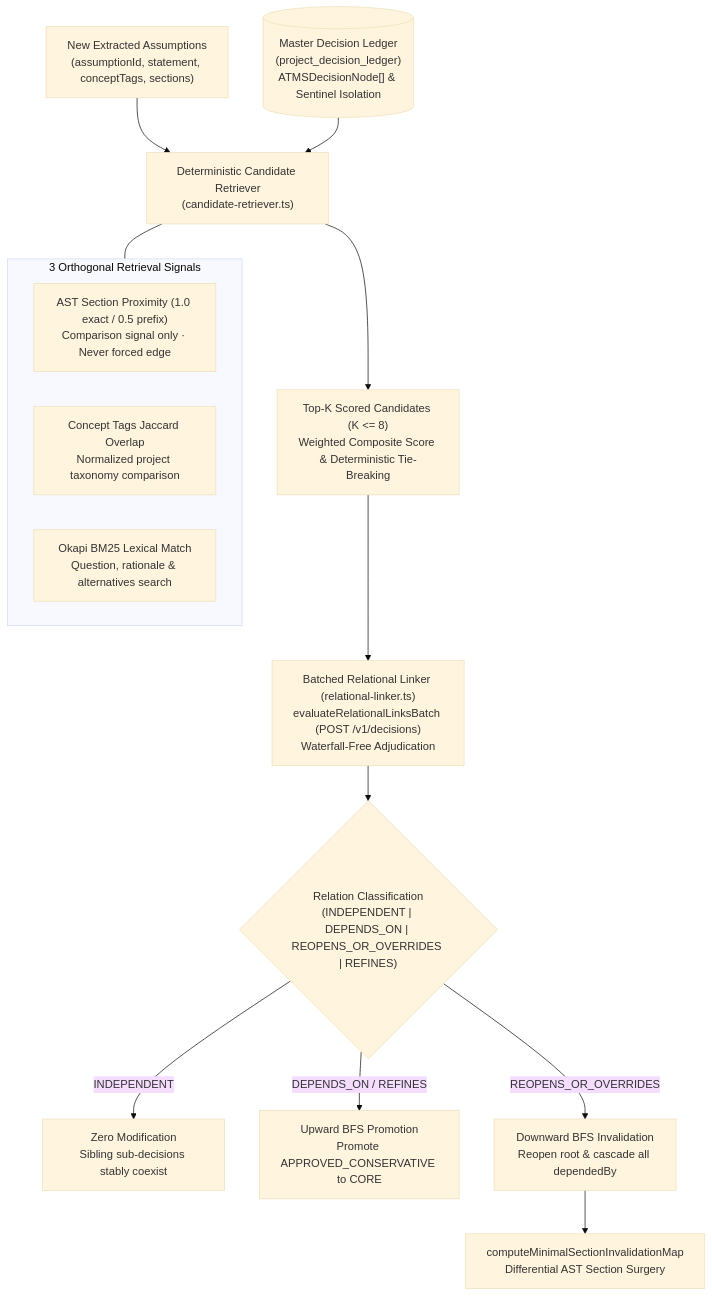
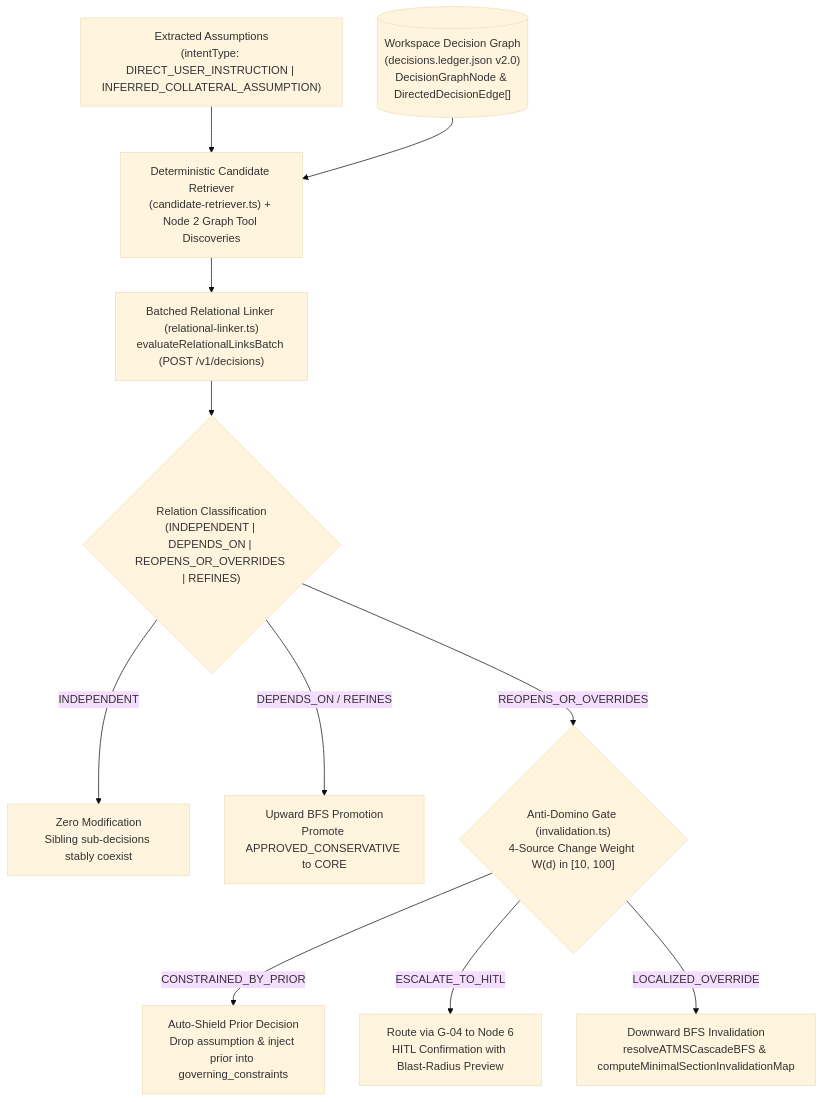
Before and after one commit to Abdullah931-stack/ELIXENT: the ninth of 10 diagrams in README.md, drawn with Mermaid (base theme). The commit also changed other lines of this file and 16 other files, not shown here.

````diff
--- a/README.md
+++ b/README.md
@@ -694,25 +693,18 @@
 ```mermaid
 flowchart TD
-    Assump["New Extracted Assumptions<br/>(assumptionId, statement, conceptTags, sections)"] --> Retriever["Deterministic Candidate Retriever<br/>(candidate-retriever.ts)"]
+    Assump["Extracted Assumptions<br/>(intentType: DIRECT_USER_INSTRUCTION | INFERRED_COLLATERAL_ASSUMPTION)"] --> Retriever["Deterministic Candidate Retriever<br/>(candidate-retriever.ts) + Node 2 Graph Tool Discoveries"]
 
-    Ledger[("Master Decision Ledger<br/>(project_decision_ledger)<br/>ATMSDecisionNode[] & Sentinel Isolation")] --> Retriever
+    Ledger[("Workspace Decision Graph<br/>(decisions.ledger.json v2.0)<br/>DecisionGraphNode & DirectedDecisionEdge[]")] --> Retriever
 
-    subgraph SIGNALS ["3 Orthogonal Retrieval Signals"]
-        S1["AST Section Proximity (1.0 exact / 0.5 prefix)<br/>Comparison signal only · Never forced edge"]
-        S2["Concept Tags Jaccard Overlap<br/>Normalized project taxonomy comparison"]
-        S3["Okapi BM25 Lexical Match<br/>Question, rationale & alternatives search"]
-    end
-
-    Retriever --- SIGNALS
-    Retriever --> TopK["Top-K Scored Candidates (K <= 8)<br/>Weighted Composite Score & Deterministic Tie-Breaking"]
-
-    TopK --> Linker["Batched Relational Linker (relational-linker.ts)<br/>evaluateRelationalLinksBatch (POST /v1/decisions)<br/>Waterfall-Free Adjudication"]
+    Retriever --> Linker["Batched Relational Linker (relational-linker.ts)<br/>evaluateRelationalLinksBatch (POST /v1/decisions)"]
 
     Linker --> Relations{"Relation Classification<br/>(INDEPENDENT | DEPENDS_ON | REOPENS_OR_OVERRIDES | REFINES)"}
 
     Relations -->|INDEPENDENT| Stable["Zero Modification<br/>Sibling sub-decisions stably coexist"]
     Relations -->|DEPENDS_ON / REFINES| Upward["Upward BFS Promotion<br/>Promote APPROVED_CONSERVATIVE to CORE"]
-    Relations -->|REOPENS_OR_OVERRIDES| Downward["Downward BFS Invalidation<br/>Reopen root & cascade all dependedBy"]
+    Relations -->|REOPENS_OR_OVERRIDES| AntiDomino{"Anti-Domino Gate (invalidation.ts)<br/>4-Source Change Weight W(d) in [10, 100]"}
 
-    Downward --> DiffMap["computeMinimalSectionInvalidationMap<br/>Differential AST Section Surgery"]
+    AntiDomino -->|CONSTRAINED_BY_PRIOR| Shield["Auto-Shield Prior Decision<br/>Drop assumption & inject prior into governing_constraints"]
+    AntiDomino -->|ESCALATE_TO_HITL| Escalate["Route via G-04 to Node 6<br/>HITL Confirmation with Blast-Radius Preview"]
+    AntiDomino -->|LOCALIZED_OVERRIDE| Downward["Downward BFS Invalidation<br/>resolveATMSCascadeBFS & computeMinimalSectionInvalidationMap"]
 ```
````
